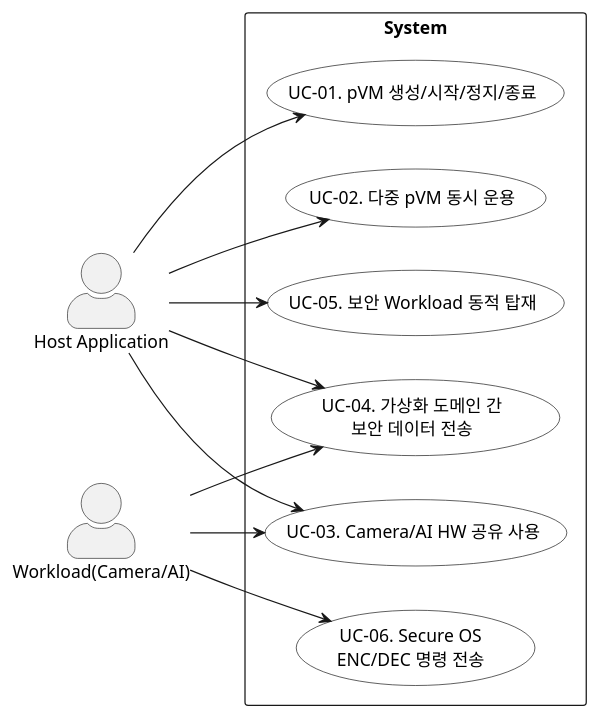
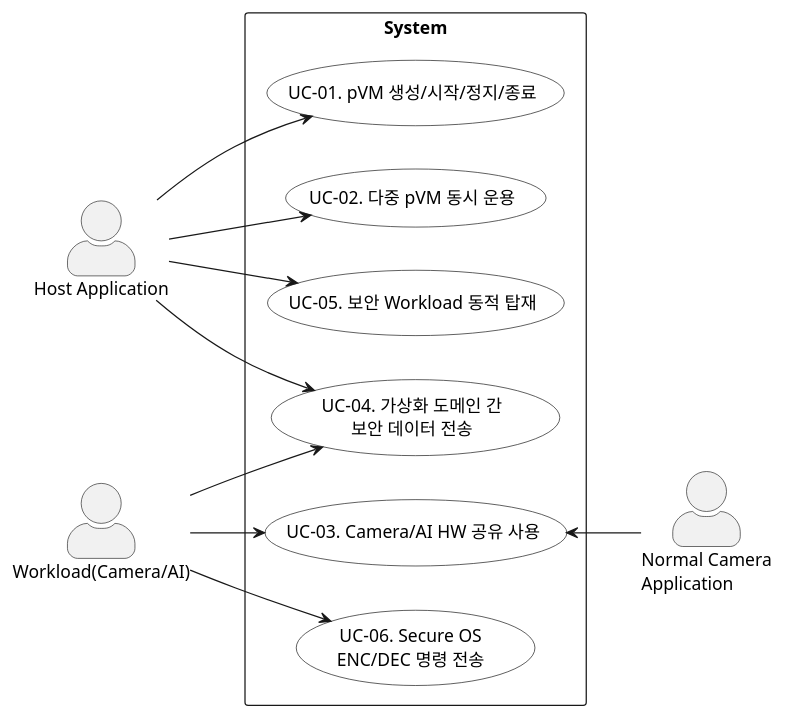
Before and after one commit to boram1288/test-p: the diagram in docs/01_use_case.md, drawn with PlantUML. The commit also changed other lines of this file and 2 other files, not shown here.

Commit message:
Align use case spec with diagram actors

````diff
--- a/docs/01_use_case.md
+++ b/docs/01_use_case.md
@@ -31,34 +32,37 @@
 ```plantuml
 @startuml
 left to right direction
 skinparam packageStyle rectangle
 skinparam actorStyle awesome
 skinparam usecase {
   BackgroundColor White
   BorderColor Black
 }
 
 actor "Host Application" as HostApp
 actor "Workload(Camera/AI)" as Workload
 
 rectangle "System" {
   usecase "UC-01. pVM 생성/시작/정지/종료" as UC01
   usecase "UC-02. 다중 pVM 동시 운용" as UC02
   usecase "UC-03. Camera/AI HW 공유 사용" as UC03
   usecase "UC-04. 가상화 도메인 간\n보안 데이터 전송" as UC04
   usecase "UC-05. 보안 Workload 동적 탑재" as UC05
   usecase "UC-06. Secure OS\nENC/DEC 명령 전송" as UC06
 }
 
+actor "Normal Camera\nApplication" as NormalCameraApp
+
 HostApp --> UC01
 HostApp --> UC02
-HostApp --> UC03
 HostApp --> UC04
 HostApp --> UC05
 
 Workload --> UC03
 Workload --> UC04
 Workload --> UC06
 
+UC03 <-- NormalCameraApp
+
 @enduml
 ```
````
